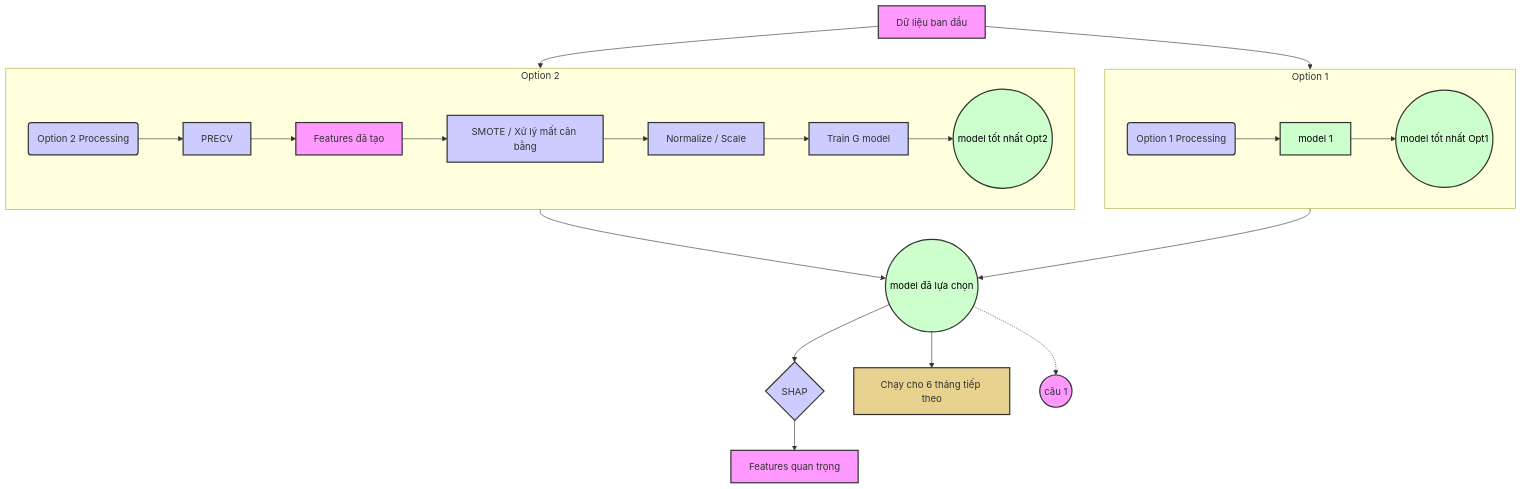
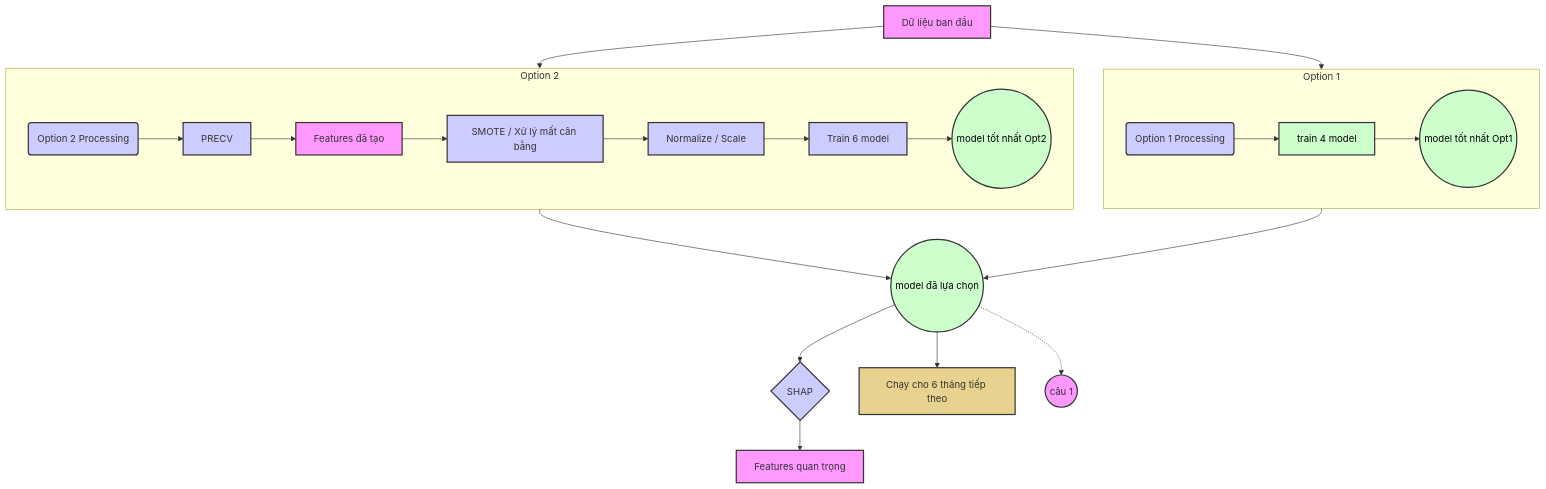
One commit to ShayNeeo/confess-crush changed the ninth of 9 diagrams in question.md. Above: the diagram before and after it, drawn with Mermaid.

````diff
--- a/question.md
+++ b/question.md
@@ -208,41 +208,41 @@
 ```mermaid
 graph TD
     A[Dữ liệu ban đầu] --> B(Option 1 Processing);
     A --> C(Option 2 Processing);
 
     subgraph Option 1
         direction LR
-        B --> B1[model 1];
+        B --> B1[train 4 model];
         B1 --> B2((model tốt nhất Opt1));
     end
 
     subgraph Option 2
         direction LR
         C --> C1[PRECV];
         C1 --> C2[Features đã tạo];
         C2 --> C3[SMOTE / Xử lý mất cân bằng];
         C3 --> C4[Normalize / Scale];
-        C4 --> C5[Train G model];
+        C4 --> C5[Train 6 model];
         C5 --> C6((model tốt nhất Opt2));
     end
 
     B2 --> D((model đã lựa chọn));
     C6 --> D;
 
     D --> E{SHAP};
     E --> F[Features quan trọng];
     D --> G[Chạy cho 6 tháng tiếp theo];
     D -.-> H((câu 1));
 
     %% Styling (Tùy chọn)
     classDef data fill:#f9f,stroke:#333,stroke-width:2px;
     classDef process fill:#ccf,stroke:#333,stroke-width:2px;
     classDef model fill:#cfc,stroke:#333,stroke-width:2px,color:#000;
     classDef decision fill:#f80,stroke:#333,stroke-width:2px;
     classDef deployment fill:#e7d38f,stroke:#333,stroke-width:2px;
 
     class A,C2,F,H data;
     class B,C,C1,C3,C4,C5,E process;
     class B1,B2,C6,D model;
     class G deployment;
 ```
````
